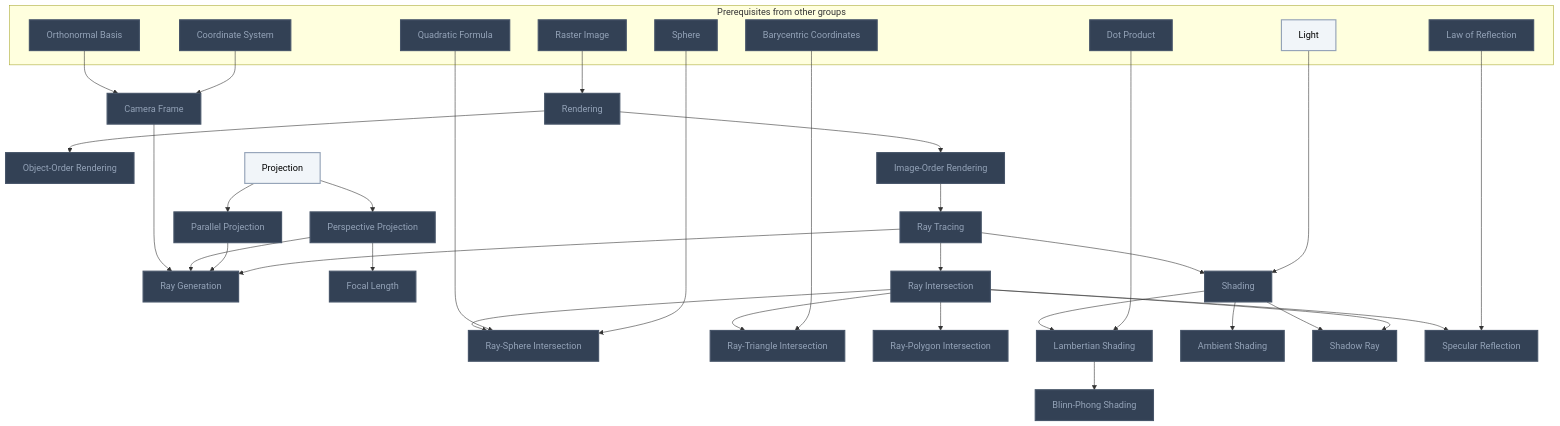
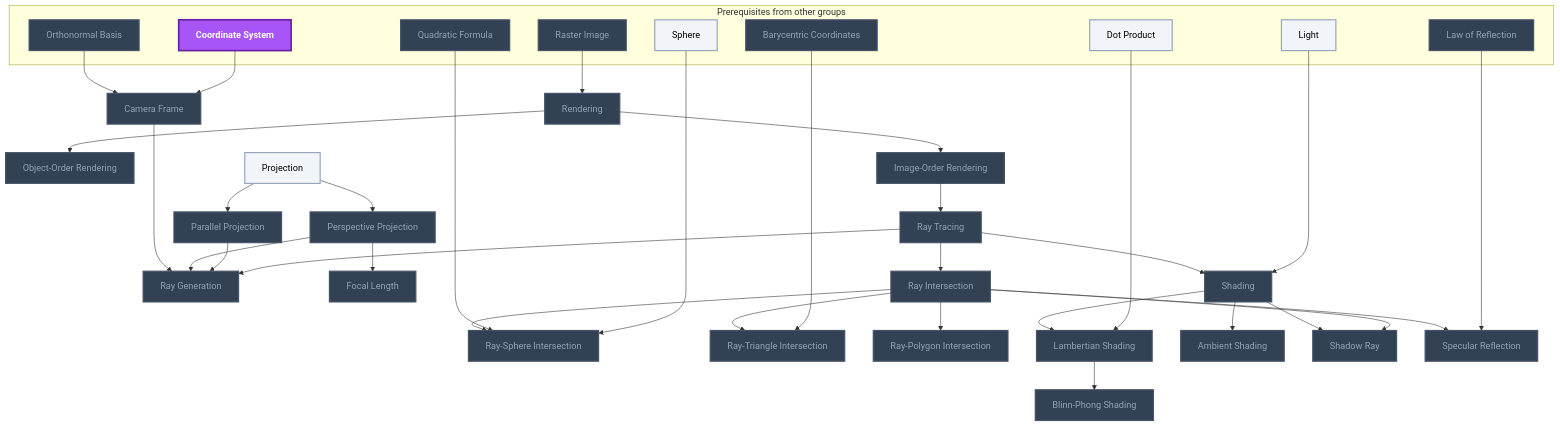
One commit to MRauf1/My-Notes changed the third of 7 diagrams in Gamification/Skill Trees/Computer Graphics.md. Above: the diagram before and after it, drawn with Mermaid. The commit also changed other lines of this file and 156 other files, not shown here.

````diff
--- a/Gamification/Skill Trees/Computer Graphics.md
+++ b/Gamification/Skill Trees/Computer Graphics.md
@@ -115,76 +119,77 @@
 ```mermaid
 flowchart TD
     classDef planned fill:#1E293B,stroke:#64748B,stroke-width:2px,stroke-dasharray:5 5,color:#94A3B8;
     classDef locked fill:#334155,stroke:#475569,stroke-width:2px,color:#94A3B8;
     classDef L0 fill:#F1F5F9,stroke:#94A3B8,stroke-width:2px,color:#000000;
     classDef L1 fill:#22C55E,stroke:#15803D,stroke-width:2px,color:#000000;
     classDef L2 fill:#3B82F6,stroke:#1D4ED8,stroke-width:3px,color:#FFFFFF;
     classDef L3 fill:#A855F7,stroke:#6B21A8,stroke-width:3px,color:#FFFFFF,font-weight:bold;
     classDef L4 fill:#F97316,stroke:#C2410C,stroke-width:4px,color:#000000,font-weight:bold;
     classDef L5 fill:#FFD700,stroke:#FF8C00,stroke-width:5px,color:#000000,font-weight:bold;
     classDef rusty stroke:#8B4513,stroke-width:4px,stroke-dasharray:3 3;
     subgraph sg_prereqs["Prerequisites from other groups"]
         n_raster_image["Raster Image"]
         n_coordinate_system["Coordinate System"]
         n_orthonormal_basis["Orthonormal Basis"]
         n_sphere["Sphere"]
         n_quadratic_formula["Quadratic Formula"]
         n_barycentric_coordinates["Barycentric Coordinates"]
         n_light["Light"]
         n_dot_product["Dot Product"]
         n_law_of_reflection["Law of Reflection"]
     end
     n_rendering["Rendering"]
     n_object_order_rendering["Object-Order Rendering"]
     n_image_order_rendering["Image-Order Rendering"]
     n_ray_tracing["Ray Tracing"]
     n_projection["Projection"]
     n_parallel_projection["Parallel Projection"]
     n_perspective_projection["Perspective Projection"]
     n_camera_frame["Camera Frame"]
     n_ray_generation["Ray Generation"]
     n_focal_length["Focal Length"]
     n_ray_intersection["Ray Intersection"]
     n_ray_sphere_intersection["Ray-Sphere Intersection"]
     n_ray_triangle_intersection["Ray-Triangle Intersection"]
     n_ray_polygon_intersection["Ray-Polygon Intersection"]
     n_shading["Shading"]
     n_lambertian_shading["Lambertian Shading"]
     n_blinn_phong_shading["Blinn-Phong Shading"]
     n_ambient_shading["Ambient Shading"]
     n_shadow_ray["Shadow Ray"]
     n_specular_reflection["Specular Reflection"]
     n_raster_image --> n_rendering
     n_rendering --> n_object_order_rendering
     n_rendering --> n_image_order_rendering
     n_image_order_rendering --> n_ray_tracing
     n_projection --> n_parallel_projection
     n_projection --> n_perspective_projection
     n_coordinate_system --> n_camera_frame
     n_orthonormal_basis --> n_camera_frame
     n_ray_tracing --> n_ray_generation
     n_parallel_projection --> n_ray_generation
     n_perspective_projection --> n_ray_generation
     n_camera_frame --> n_ray_generation
     n_perspective_projection --> n_focal_length
     n_ray_tracing --> n_ray_intersection
     n_sphere --> n_ray_sphere_intersection
     n_quadratic_formula --> n_ray_sphere_intersection
     n_ray_intersection --> n_ray_sphere_intersection
     n_barycentric_coordinates --> n_ray_triangle_intersection
     n_ray_intersection --> n_ray_triangle_intersection
     n_ray_intersection --> n_ray_polygon_intersection
     n_light --> n_shading
     n_ray_tracing --> n_shading
     n_dot_product --> n_lambertian_shading
     n_shading --> n_lambertian_shading
     n_lambertian_shading --> n_blinn_phong_shading
     n_shading --> n_ambient_shading
     n_ray_intersection --> n_shadow_ray
     n_shading --> n_shadow_ray
     n_law_of_reflection --> n_specular_reflection
     n_ray_intersection --> n_specular_reflection
-    class n_raster_image,n_coordinate_system,n_orthonormal_basis,n_sphere,n_quadratic_formula,n_barycentric_coordinates,n_dot_product,n_law_of_reflection,n_rendering,n_object_order_rendering,n_image_order_rendering,n_ray_tracing,n_parallel_projection,n_perspective_projection,n_camera_frame,n_ray_generation,n_focal_length,n_ray_intersection,n_ray_sphere_intersection,n_ray_triangle_intersection,n_ray_polygon_intersection,n_shading,n_lambertian_shading,n_blinn_phong_shading,n_ambient_shading,n_shadow_ray,n_specular_reflection locked;
-    class n_light,n_projection L0;
+    class n_raster_image,n_orthonormal_basis,n_quadratic_formula,n_barycentric_coordinates,n_law_of_reflection,n_rendering,n_object_order_rendering,n_image_order_rendering,n_ray_tracing,n_parallel_projection,n_perspective_projection,n_camera_frame,n_ray_generation,n_focal_length,n_ray_intersection,n_ray_sphere_intersection,n_ray_triangle_intersection,n_ray_polygon_intersection,n_shading,n_lambertian_shading,n_blinn_phong_shading,n_ambient_shading,n_shadow_ray,n_specular_reflection locked;
+    class n_sphere,n_light,n_dot_product,n_projection L0;
+    class n_coordinate_system L3;
     class n_raster_image,n_coordinate_system,n_orthonormal_basis,n_sphere,n_quadratic_formula,n_barycentric_coordinates,n_light,n_dot_product,n_law_of_reflection,n_rendering,n_object_order_rendering,n_image_order_rendering,n_ray_tracing,n_projection,n_parallel_projection,n_perspective_projection,n_camera_frame,n_ray_generation,n_focal_length,n_ray_intersection,n_ray_sphere_intersection,n_ray_triangle_intersection,n_ray_polygon_intersection,n_shading,n_lambertian_shading,n_blinn_phong_shading,n_ambient_shading,n_shadow_ray,n_specular_reflection internal-link;
 ```
````
